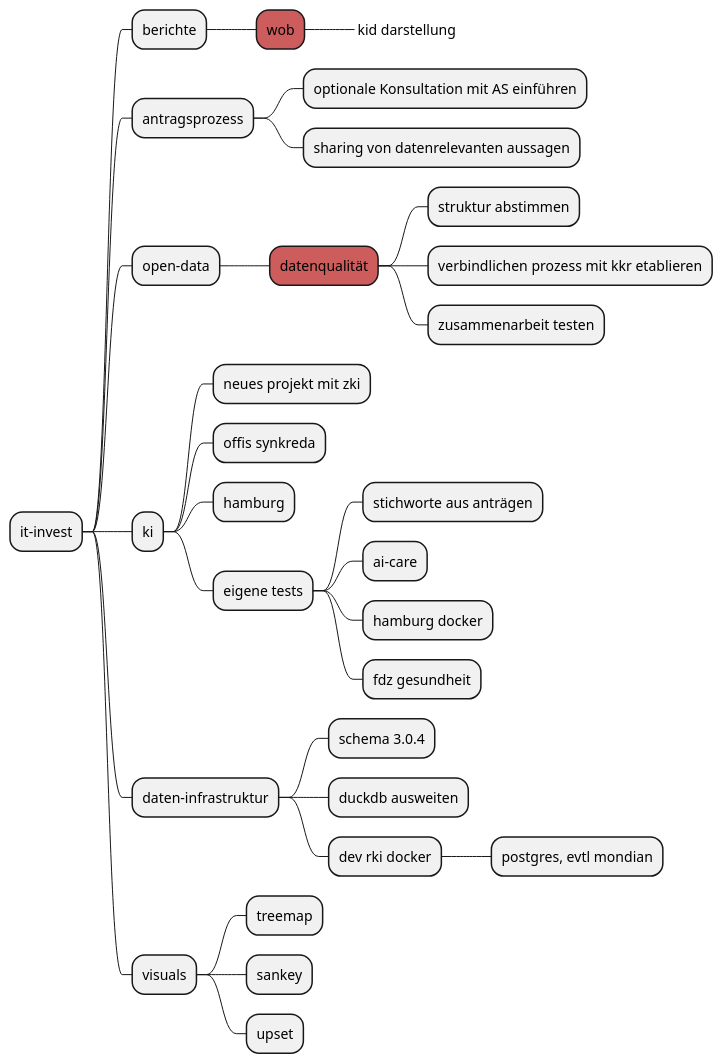
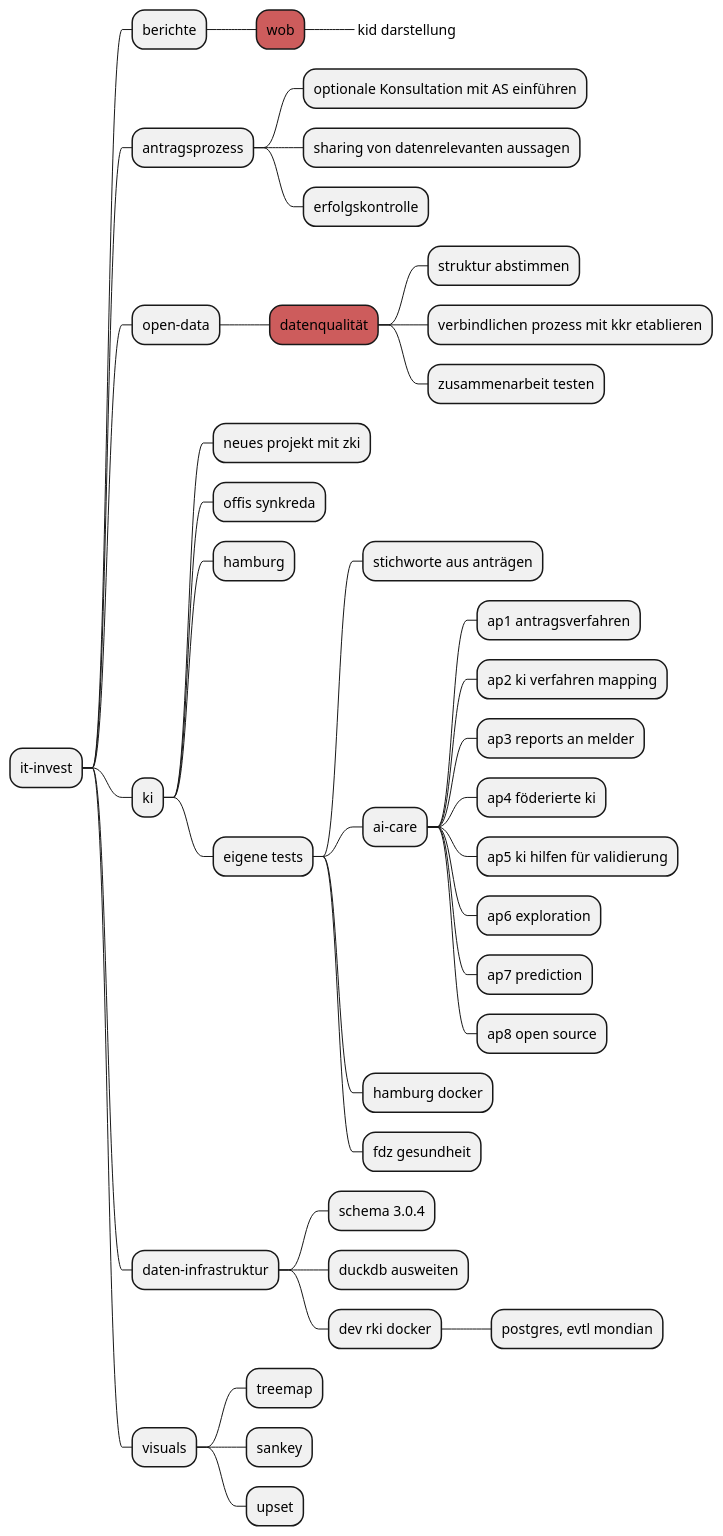
One commit to smeisegeier/cancerdata-quality changed the diagram in docs/uml/src/themen.puml. Above: the diagram before and after it, drawn with PlantUML.

Commit message:
puml update

```diff
--- a/docs/uml/src/themen.puml
+++ b/docs/uml/src/themen.puml
@@ -1,40 +1,49 @@
 @startmindmap
 
 + it-invest
 
 ++ berichte
 +++[#IndianRed] wob
 ++++_ kid darstellung
 
 ++ antragsprozess
 +++ optionale Konsultation mit AS einführen
 +++ sharing von datenrelevanten aussagen
++++ erfolgskontrolle
 
 ++ open-data
 +++[#IndianRed] datenqualität
 ++++ struktur abstimmen
 ++++ verbindlichen prozess mit kkr etablieren
 ++++ zusammenarbeit testen
 
 ++ ki
 +++ neues projekt mit zki
 +++ offis synkreda
 +++ hamburg
 +++ eigene tests
 ++++ stichworte aus anträgen
 ++++ ai-care
++++++ ap1 antragsverfahren
++++++ ap2 ki verfahren mapping
++++++ ap3 reports an melder
++++++ ap4 föderierte ki
++++++ ap5 ki hilfen für validierung
++++++ ap6 exploration
++++++ ap7 prediction
++++++ ap8 open source
 ++++ hamburg docker
 ++++ fdz gesundheit
 
 ++ daten-infrastruktur
 +++ schema 3.0.4
 +++ duckdb ausweiten
 +++ dev rki docker
 ++++ postgres, evtl mondian
 
 ++ visuals
 +++ treemap
 +++ sankey
 +++ upset
 
 @endmindmap
```
